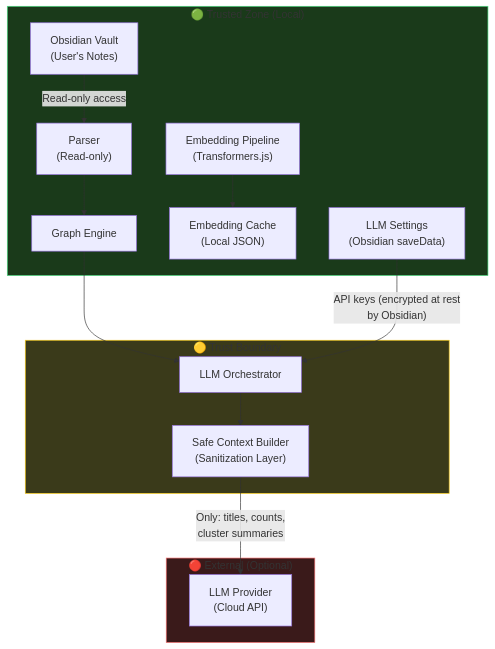
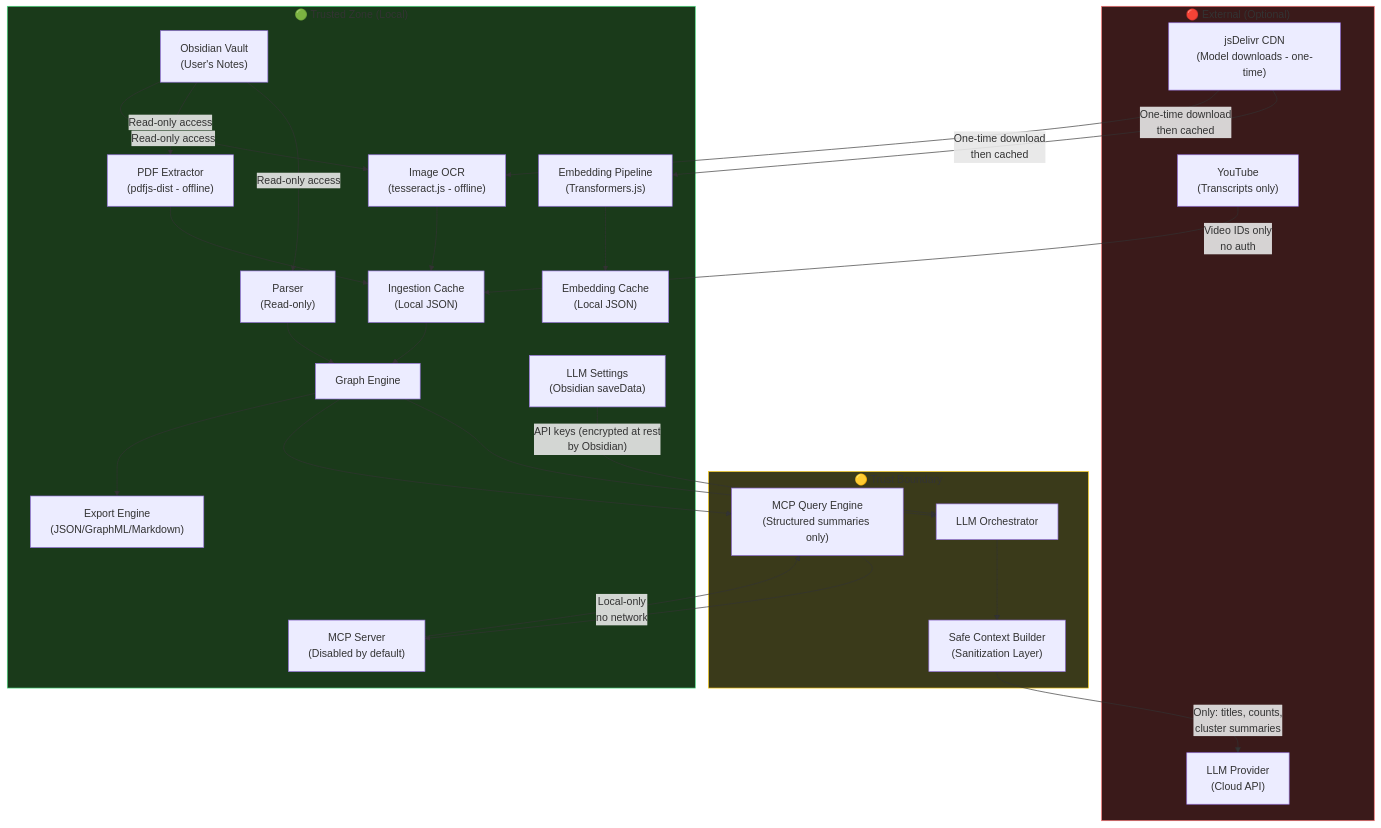
Before and after one commit to Rajveerx11/obsidian-graph-intelligence: the first of 2 diagrams in SECURITY.md, drawn with Mermaid. The commit also changed other lines of this file and 2 other files, not shown here.

````diff
--- a/SECURITY.md
+++ b/SECURITY.md
@@ -17,31 +17,50 @@
 ```mermaid
 graph TD
     subgraph Trust_Local["🟢 Trusted Zone (Local)"]
         Vault["Obsidian Vault<br/>(User's Notes)"]
         Parser["Parser<br/>(Read-only)"]
         Graph["Graph Engine"]
         Embeddings["Embedding Pipeline<br/>(Transformers.js)"]
         Cache["Embedding Cache<br/>(Local JSON)"]
         Settings["LLM Settings<br/>(Obsidian saveData)"]
+        IngestionCache["Ingestion Cache<br/>(Local JSON)"]
+        PDFExtractor["PDF Extractor<br/>(pdfjs-dist - offline)"]
+        OCR["Image OCR<br/>(tesseract.js - offline)"]
+        MCP["MCP Server<br/>(Disabled by default)"]
+        Export["Export Engine<br/>(JSON/GraphML/Markdown)"]
     end
 
     subgraph Trust_Boundary["🟡 Trust Boundary"]
         Orchestrator["LLM Orchestrator"]
         SafeContext["Safe Context Builder<br/>(Sanitization Layer)"]
+        MCPQuery["MCP Query Engine<br/>(Structured summaries only)"]
     end
 
     subgraph Trust_External["🔴 External (Optional)"]
         LLM["LLM Provider<br/>(Cloud API)"]
+        YouTube["YouTube<br/>(Transcripts only)"]
+        ModelCDN["jsDelivr CDN<br/>(Model downloads - one-time)"]
     end
 
     Vault -->|"Read-only access"| Parser
+    Vault -->|"Read-only access"| PDFExtractor
+    Vault -->|"Read-only access"| OCR
     Parser --> Graph --> Orchestrator
+    PDFExtractor --> IngestionCache
+    OCR --> IngestionCache
+    IngestionCache --> Graph
     Embeddings --> Cache
     Orchestrator --> SafeContext
     SafeContext -->|"Only: titles, counts,<br/>cluster summaries"| LLM
     Settings -->|"API keys (encrypted at rest<br/>by Obsidian)"| Orchestrator
+    Graph --> MCPQuery --> MCP
+    Graph --> Export
+    MCP -->|"Local-only<br/>no network"| MCPQuery
+    YouTube -->|"Video IDs only<br/>no auth"| IngestionCache
+    ModelCDN -->|"One-time download<br/>then cached"| Embeddings
+    ModelCDN -->|"One-time download<br/>then cached"| OCR
 
     style Trust_Local fill:#1a3a1a,stroke:#4ade80
     style Trust_Boundary fill:#3a3a1a,stroke:#facc15
     style Trust_External fill:#3a1a1a,stroke:#f87171
 ```
````
